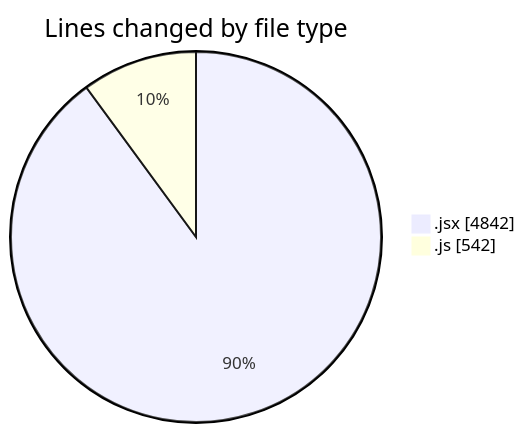
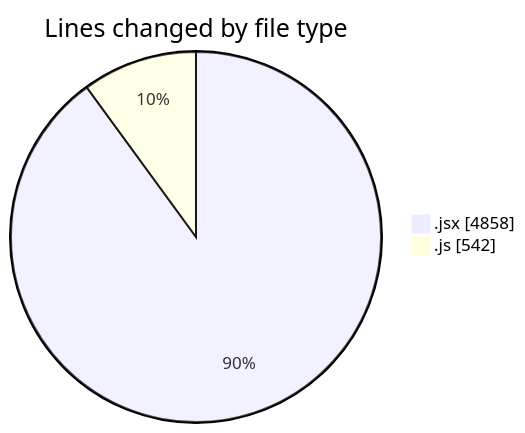
One commit to nxtqubesakshisongat/code-tracking changed the first of 2 diagrams in 2026-01-07/nxtqube_webapp/README.md. Above: the diagram before and after it, drawn with Mermaid. The commit also changed other lines of this file and 1 other file, not shown here.

````diff
--- a/2026-01-07/nxtqube_webapp/README.md
+++ b/2026-01-07/nxtqube_webapp/README.md
@@ -26,6 +26,6 @@
 ```mermaid
 pie showData
 title Lines changed by file type
-".jsx" : 4842
+".jsx" : 4858
 ".js" : 542
 ```
````
